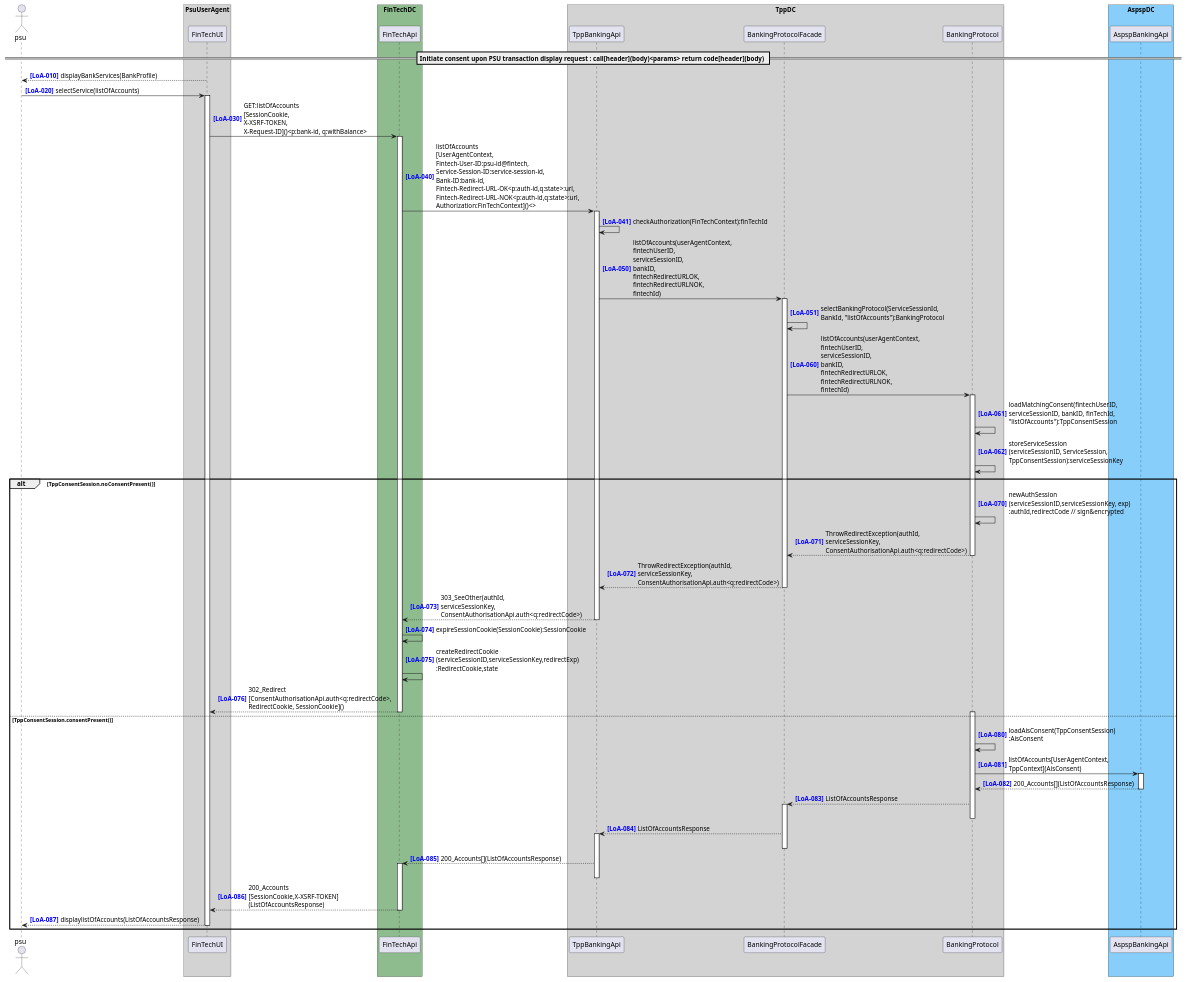
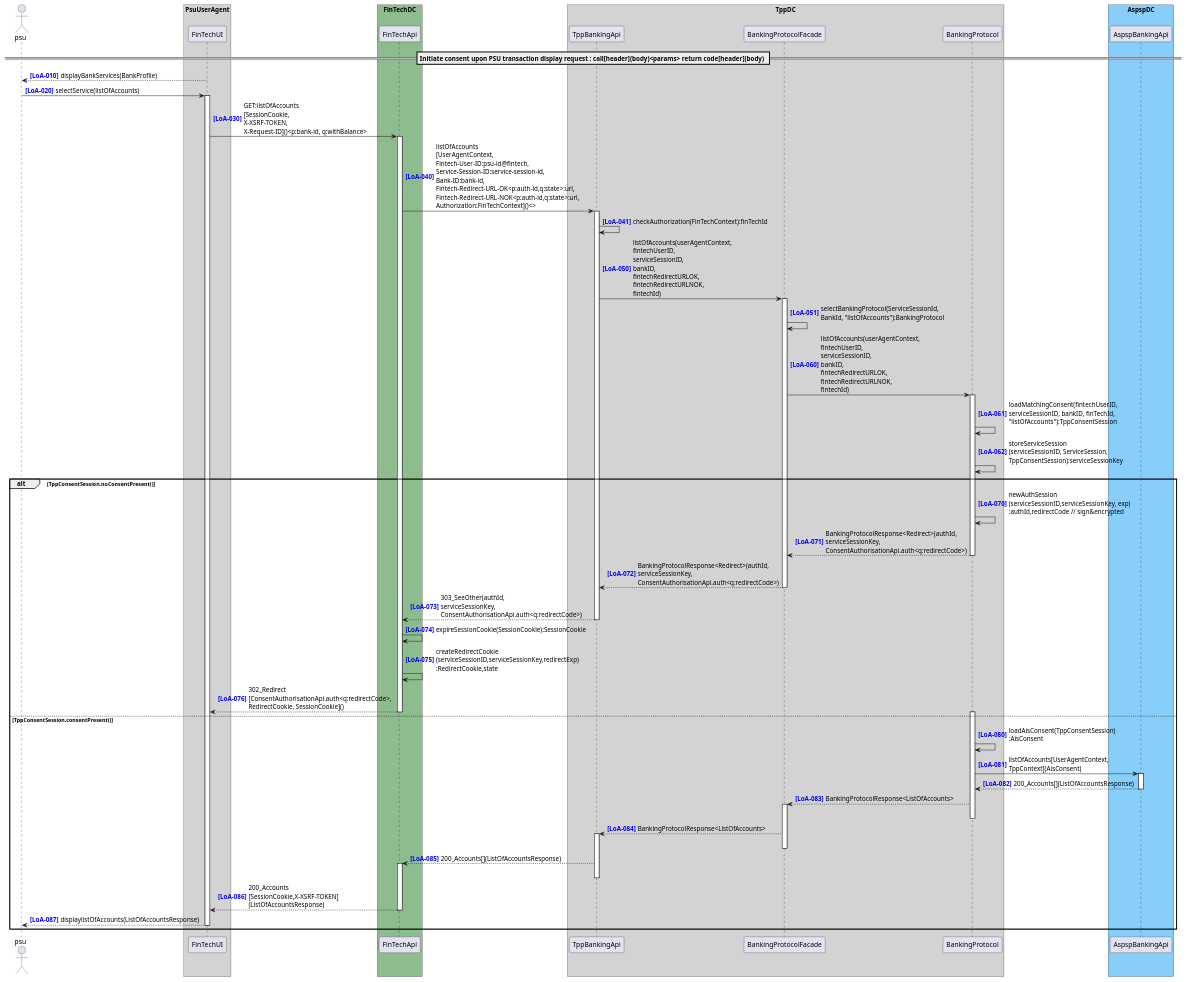
One commit to adorsys/open-banking-gateway changed the diagram in docs/architecture/diagrams/useCases/4a-aisListOfAccounts.puml. Above: the diagram before and after it, drawn with PlantUML. The commit also changed 1 other file, not shown here.

```diff
--- a/docs/architecture/diagrams/useCases/4a-aisListOfAccounts.puml
+++ b/docs/architecture/diagrams/useCases/4a-aisListOfAccounts.puml
@@ -1,71 +1,71 @@
 @startuml
 
 autonumber 10 10 "<b><color blue>[LoA-000]</color></b>"
 actor psu
 
 box "PsuUserAgent" #LightGray
     participant "FinTechUI" as FinTechUI
     'participant "ConsentAuthorisationUI" as ConsentAuthorisationUI
     'participant "OnlineBankingUI" as OnlineBankingUI
 end box
 box "FinTechDC" #DarkSeaGreen
     participant "FinTechApi" as FinTechApi
 end box
 box "TppDC" #LightGray
     participant "TppBankingApi" as TppBankingApi
     'participant "ConsentAuthorisationApi" as ConsentAuthorisationApi
     participant "BankingProtocolFacade" as BankingProtocolFacade
     'participant "TppBankSearchApi" as TppBankSearchApi
 
     participant "BankingProtocol" as BankingProtocol
     'participant "RedirectSessionStoreApi" as RedirectSessionStoreApi
 end box
 box "AspspDC" #LightSkyBlue
 	participant "AspspBankingApi" as AspspBankingApi
     'participant "OnlineBankingApi" as OnlineBankingApi
 end box
 
 == Initiate consent upon PSU transaction display request : call[header](body)<params> return code[header](body) ==
 
 FinTechUI --> psu : displayBankServices(BankProfile)
 psu -> FinTechUI ++ : selectService(listOfAccounts)
 FinTechUI -> FinTechApi ++ : GET:listOfAccounts\n[SessionCookie,\nX-XSRF-TOKEN,\nX-Request-ID]()<p:bank-id, q:withBalance>
 autonumber 40 1 "<b><color blue>[LoA-000]"
 FinTechApi -> TppBankingApi ++ : listOfAccounts\n[UserAgentContext,\nFintech-User-ID:psu-id@fintech,\nService-Session-ID:service-session-id,\nBank-ID:bank-id,\nFintech-Redirect-URL-OK<p:auth-id,q:state>:url,\nFintech-Redirect-URL-NOK<p:auth-id,q:state>:url,\nAuthorization:FinTechContext]()<>
 autonumber 41 1 "<b><color blue>[LoA-000]"
 TppBankingApi -> TppBankingApi : checkAuthorization(FinTechContext):finTechId
 autonumber 50 1 "<b><color blue>[LoA-000]"
 TppBankingApi -> BankingProtocolFacade ++ : listOfAccounts(userAgentContext,\nfintechUserID,\nserviceSessionID,\nbankID,\nfintechRedirectURLOK,\nfintechRedirectURLNOK,\nfintechId)
 BankingProtocolFacade -> BankingProtocolFacade : selectBankingProtocol(ServiceSessionId, \nBankId, "listOfAccounts"):BankingProtocol
 autonumber 60 1 "<b><color blue>[LoA-000]"
 BankingProtocolFacade -> BankingProtocol ++ : listOfAccounts(userAgentContext,\nfintechUserID,\nserviceSessionID,\nbankID,\nfintechRedirectURLOK,\nfintechRedirectURLNOK,\nfintechId)
 BankingProtocol -> BankingProtocol : loadMatchingConsent(fintechUserID,\nserviceSessionID, bankID, finTechId,\n"listOfAccounts"):TppConsentSession
 BankingProtocol -> BankingProtocol : storeServiceSession\n(serviceSessionID, ServiceSession,\nTppConsentSession):serviceSessionKey
 alt TppConsentSession.noConsentPresent()
     autonumber 70 1 "<b><color blue>[LoA-000]"
     'BankingProtocol -> AspspBankingApi ++ : initiateConsent[UserAgentContext,\nTppContext](AisConsent) 
     'return 200_OK(TppConsentSession,\nAspspRedirectInfo)
     BankingProtocol -> BankingProtocol : newAuthSession\n(serviceSessionID,serviceSessionKey, exp)\n:authId,redirectCode // sign&encrypted
-    return ThrowRedirectException(authId,\nserviceSessionKey,\nConsentAuthorisationApi.auth<q:redirectCode>)
-    return ThrowRedirectException(authId,\nserviceSessionKey,\nConsentAuthorisationApi.auth<q:redirectCode>)
+    return BankingProtocolResponse<Redirect>(authId,\nserviceSessionKey,\nConsentAuthorisationApi.auth<q:redirectCode>)
+    return BankingProtocolResponse<Redirect>(authId,\nserviceSessionKey,\nConsentAuthorisationApi.auth<q:redirectCode>)
     return 303_SeeOther(authId,\nserviceSessionKey,\nConsentAuthorisationApi.auth<q:redirectCode>)
     FinTechApi -> FinTechApi : expireSessionCookie(SessionCookie):SessionCookie
     FinTechApi -> FinTechApi : createRedirectCookie\n(serviceSessionID,serviceSessionKey,redirectExp)\n:RedirectCookie,state
     return 302_Redirect\n[ConsentAuthorisationApi.auth<q:redirectCode>,\nRedirectCookie, SessionCookie]()
 else TppConsentSession.consentPresent()
     autonumber 80 1 "<b><color blue>[LoA-000]"
     activate BankingProtocol
     BankingProtocol -> BankingProtocol : loadAisConsent(TppConsentSession)\n:AisConsent
     BankingProtocol -> AspspBankingApi ++ : listOfAccounts[UserAgentContext,\nTppContext](AisConsent) 
     return 200_Accounts[](ListOfAccountsResponse)
-    BankingProtocol --> BankingProtocolFacade ++: ListOfAccountsResponse
+    BankingProtocol --> BankingProtocolFacade ++: BankingProtocolResponse<ListOfAccounts>
     deactivate BankingProtocol
-    BankingProtocolFacade --> TppBankingApi ++: ListOfAccountsResponse
+    BankingProtocolFacade --> TppBankingApi ++: BankingProtocolResponse<ListOfAccounts>
     deactivate BankingProtocolFacade
     TppBankingApi --> FinTechApi ++ : 200_Accounts[](ListOfAccountsResponse)
     deactivate TppBankingApi
     FinTechApi --> FinTechUI : 200_Accounts\n[SessionCookie,X-XSRF-TOKEN]\n(ListOfAccountsResponse)
     deactivate FinTechApi
     return displaylistOfAccounts(ListOfAccountsResponse)
 end
 @enduml
```
